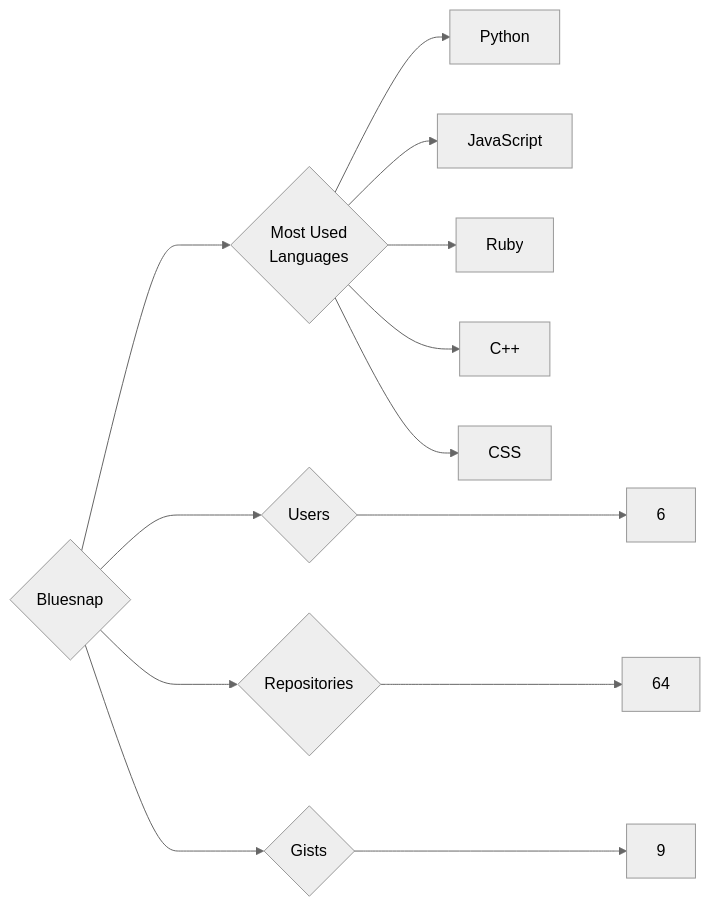
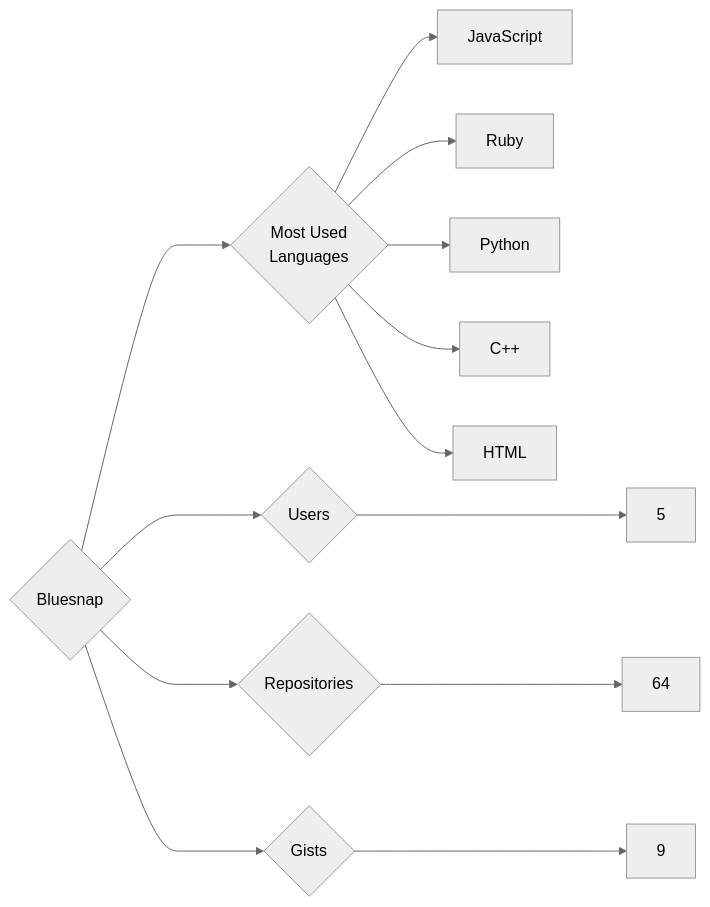
The diagram in targets/Bluesnap/README.md (trickest/insiders), drawn with Mermaid (neutral theme) before and after one commit. The commit also changed 1030 other files, not shown here.

````diff
--- a/targets/Bluesnap/README.md
+++ b/targets/Bluesnap/README.md
@@ -3,13 +3,13 @@
 ```mermaid
 graph LR
 COMPANY_NAME{Bluesnap}
-COMPANY_NAME ---> U{Users} ---> UN[6]
+COMPANY_NAME ---> U{Users} ---> UN[5]
 COMPANY_NAME ---> R{Repositories} ---> RN[64]
 COMPANY_NAME ---> G{Gists} ---> GN[9]
 COMPANY_NAME ---> ML{Most Used<br>Languages}
-ML --> Python[Python]
 ML --> JavaScript[JavaScript]
 ML --> Ruby[Ruby]
+ML --> Python[Python]
 ML --> C++[C++]
-ML --> CSS[CSS]
+ML --> HTML[HTML]
 ```
````
